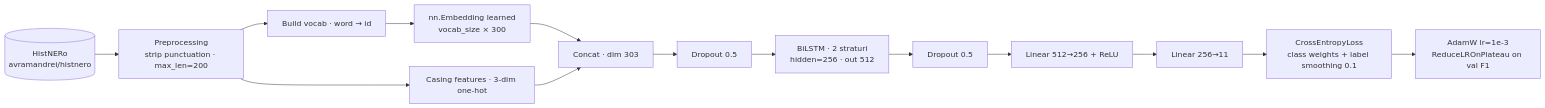
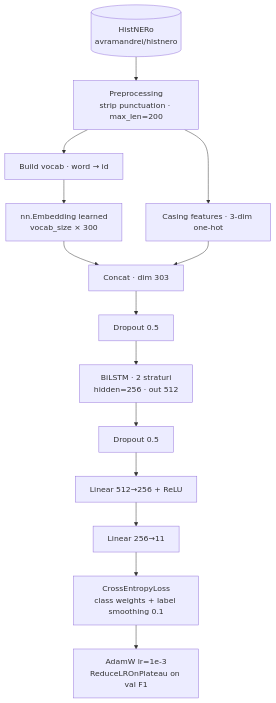
One commit to raresanea057-alt/HistRoNER changed the diagram in README.md. Above: the diagram before and after it, drawn with Mermaid.

````diff
--- a/README.md
+++ b/README.md
@@ -4,17 +4,17 @@
 ```mermaid
-flowchart LR
+flowchart TD
     DS[(HistNERo\navramandrei/histnero)]
     DS --> PRE[Preprocessing\nstrip punctuation · max_len=200]
     PRE --> VOC[Build vocab · word → id]
     PRE --> CAS[Casing features · 3-dim one-hot]
     VOC --> EMB[nn.Embedding learned\nvocab_size × 300]
     EMB --> CAT[Concat · dim 303]
     CAS --> CAT
     CAT --> DROP1[Dropout 0.5]
     DROP1 --> LSTM[BiLSTM · 2 straturi\nhidden=256 · out 512]
     LSTM --> DROP2[Dropout 0.5]
     DROP2 --> FC1[Linear 512→256 + ReLU]
     FC1 --> FC2[Linear 256→11]
     FC2 --> LOSS[CrossEntropyLoss\nclass weights + label smoothing 0.1]
     LOSS --> OPT[AdamW lr=1e-3\nReduceLROnPlateau on val F1]
 ```
````
